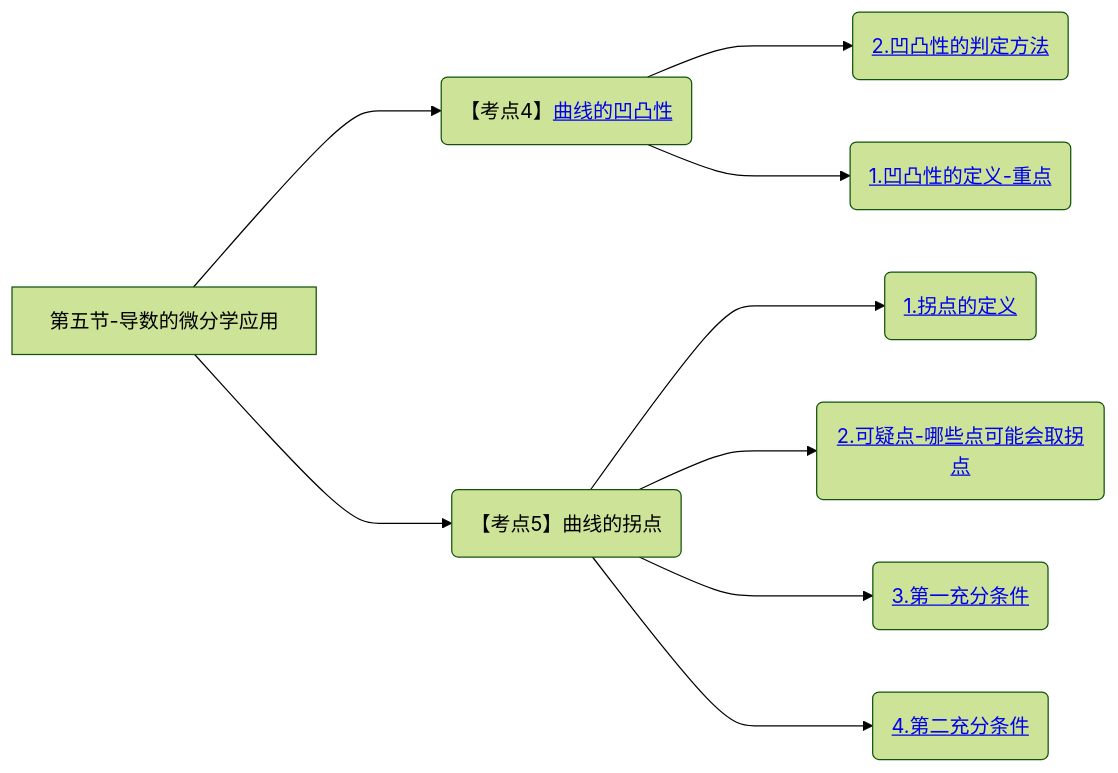
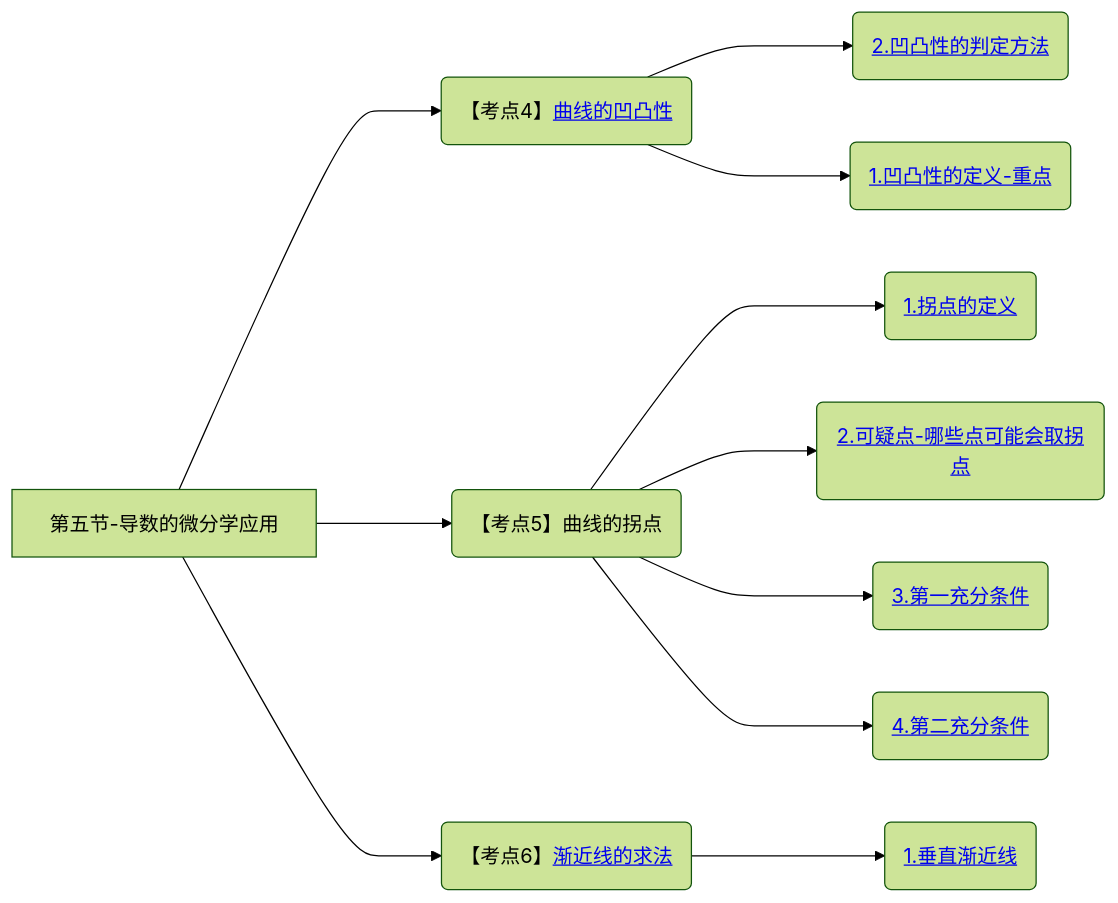
Before and after one commit to yuebinghui/note: diagram 16 of 16 in 笔记/数学/周洋鑫/01.基础班思维导图.md, drawn with Mermaid (forest theme). The commit also changed 3 other files, not shown here.

````diff
--- a/笔记/数学/周洋鑫/01.基础班思维导图.md
+++ b/笔记/数学/周洋鑫/01.基础班思维导图.md
@@ -566,17 +566,18 @@
 ```mermaid
 graph LR
 第五节-导数的微分学应用
 
 
 第五节-导数的微分学应用--->曲线的凹凸性(【考点4】<a href="/Users/yuebinghui/Documents/program/github/note/笔记/数学/周洋鑫/基础班/17.导数的微分学应用_3.md#曲线的凹凸性">曲线的凹凸性</>)
 曲线的凹凸性--->2.凹凸性的判定方法(<a href="/Users/yuebinghui/Documents/program/github/note/笔记/数学/周洋鑫/基础班/17.导数的微分学应用_3.md#2.凹凸性的判定方法">2.凹凸性的判定方法</>)
 曲线的凹凸性--->1.凹凸性的定义-重点(<a href="/Users/yuebinghui/Documents/program/github/note/笔记/数学/周洋鑫/基础班/17.导数的微分学应用_3.md#1.凹凸性的定义-重点">1.凹凸性的定义-重点</>)
 
 第五节-导数的微分学应用--->曲线的拐点(【考点5】曲线的拐点)
 曲线的拐点--->1.拐点的定义(<a href="/Users/yuebinghui/Documents/program/github/note/笔记/数学/周洋鑫/基础班/17.导数的微分学应用_3.md#1.拐点的定义">1.拐点的定义</>)
 曲线的拐点--->2.可疑点-哪些点可能会取拐点(<a href="/Users/yuebinghui/Documents/program/github/note/笔记/数学/周洋鑫/基础班/17.导数的微分学应用_3.md#2.可疑点-哪些点可能会取拐点">2.可疑点-哪些点可能会取拐点</>)
 曲线的拐点--->3.第一充分条件(<a href="/Users/yuebinghui/Documents/program/github/note/笔记/数学/周洋鑫/基础班/17.导数的微分学应用_3.md#3.第一充分条件">3.第一充分条件</>)
 曲线的拐点--->4.第二充分条件(<a href="/Users/yuebinghui/Documents/program/github/note/笔记/数学/周洋鑫/基础班/17.导数的微分学应用_3.md#4.第二充分条件">4.第二充分条件</>)
 
-
+第五节-导数的微分学应用--->渐近线的求法(【考点6】<a href="/Users/yuebinghui/Documents/program/github/note/笔记/数学/周洋鑫/基础班/17.导数的微分学应用_3.md#渐近线的求法">渐近线的求法</>)
+渐近线的求法--->1.垂直渐近线(<a href="/Users/yuebinghui/Documents/program/github/note/笔记/数学/周洋鑫/基础班/17.导数的微分学应用_3.md#1.垂直渐近线">1.垂直渐近线</>)
 ```
````
